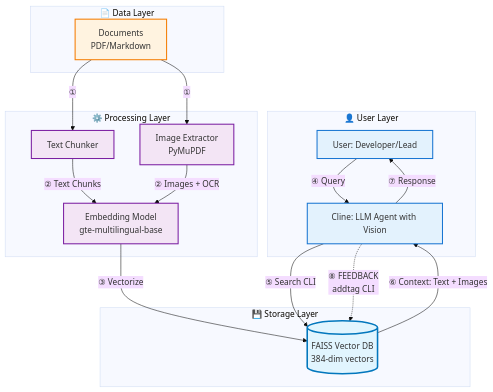
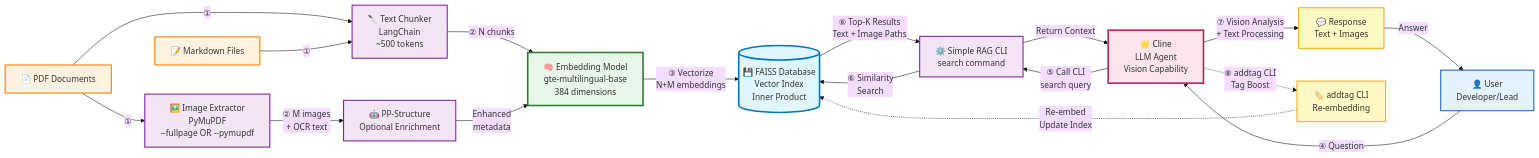
Before and after one commit to ngcix/doc-rag: the fourth of 4 diagrams in report-doc/10-debuit-clineSR.md, drawn with Mermaid (base theme). The commit also changed other lines of this file and 1 other file, not shown here.

````diff
--- a/report-doc/10-debuit-clineSR.md
+++ b/report-doc/10-debuit-clineSR.md
@@ -415,46 +415,67 @@
 ```mermaid
-graph TB
-    subgraph UserLayer [👤 User Layer]
-        User[User: Developer/Lead]
-        Cline[Cline: LLM Agent with Vision]
-    end
+flowchart LR
+    %% Data Sources
+    PDF[📄 PDF Documents]
+    MD[📝 Markdown Files]
     
-    subgraph DataLayer [📄 Data Layer]
-        Docs[Documents<br/>PDF/Markdown]
-    end
+    %% Processing Components
+    Chunker[🔪 Text Chunker<br/>LangChain<br/>~500 tokens]
+    ImgExt[🖼️ Image Extractor<br/>PyMuPDF<br/>--fullpage OR --pymupdf]
+    PPStruct[🤖 PP-Structure<br/>Optional Enrichment]
     
-    subgraph ProcessingLayer [⚙️ Processing Layer]
-        Chunker[Text Chunker]
-        ImgExt[Image Extractor<br/>PyMuPDF]
-        Embed[Embedding Model<br/>gte-multilingual-base]
-    end
+    Embed[🧠 Embedding Model<br/>gte-multilingual-base<br/>384 dimensions]
     
-    subgraph StorageLayer [💾 Storage Layer]
-        DB[(FAISS Vector DB<br/>384-dim vectors)]
-    end
+    %% Storage
+    FAISS[(💾 FAISS Database<br/>Vector Index<br/>Inner Product)]
     
-    %% Numbered Flow
-    Docs -->|①| Chunker
-    Docs -->|①| ImgExt
-    Chunker -->|② Text Chunks| Embed
-    ImgExt -->|② Images + OCR| Embed
-    Embed -->|③ Vectorize| DB
+    %% Query Flow
+    User[👤 User<br/>Developer/Lead]
+    Cline[🌟 Cline<br/>LLM Agent<br/>Vision Capability]
+    CLI[⚙️ Simple RAG CLI<br/>search command]
     
-    User -->|④ Query| Cline
-    Cline -->|⑤ Search CLI| DB
-    DB -->|⑥ Context: Text + Images| Cline
-    Cline -->|⑦ Response| User
+    Response[💬 Response<br/>Text + Images]
     
-    Cline -.->|⑧ FEEDBACK<br/>addtag CLI| DB
+    %% Feedback
+    AddTag[🏷️ addtag CLI<br/>Re-embedding]
+    
+    %% INGESTION FLOW (Steps 1-3)
+    PDF -->|①| Chunker
+    MD -->|①| Chunker
+    PDF -->|①| ImgExt
+    
+    Chunker -->|② N chunks| Embed
+    ImgExt -->|② M images<br/>+ OCR text| PPStruct
+    PPStruct -->|Enhanced<br/>metadata| Embed
+    
+    Embed -->|③ Vectorize<br/>N+M embeddings| FAISS
+    
+    %% QUERY FLOW (Steps 4-7)
+    User -->|④ Question| Cline
+    Cline -->|⑤ Call CLI<br/>search query| CLI
+    CLI -->|⑥ Similarity<br/>Search| FAISS
+    FAISS -->|⑥ Top-K Results<br/>Text + Image Paths| CLI
+    CLI -->|Return Context| Cline
+    Cline -->|⑦ Vision Analysis<br/>+ Text Processing| Response
+    Response -->|Answer| User
+    
+    %% FEEDBACK FLOW (Step 8)
+    Cline -.->|⑧ addtag CLI<br/>Tag Boost| AddTag
+    AddTag -.->|Re-embed<br/>Update Index| FAISS
     
     %% Styling
-    classDef userStyle fill:#e3f2fd,stroke:#1976d2,stroke-width:2px
-    classDef dataStyle fill:#fff3e0,stroke:#f57c00,stroke-width:2px
+    classDef sourceStyle fill:#fff3e0,stroke:#f57c00,stroke-width:2px
     classDef processStyle fill:#f3e5f5,stroke:#7b1fa2,stroke-width:2px
+    classDef modelStyle fill:#e8f5e9,stroke:#2e7d32,stroke-width:3px
     classDef storageStyle fill:#e1f5fe,stroke:#0277bd,stroke-width:3px
+    classDef userStyle fill:#e3f2fd,stroke:#1565c0,stroke-width:2px
+    classDef agentStyle fill:#fce4ec,stroke:#c2185b,stroke-width:3px
+    classDef feedbackStyle fill:#fff9c4,stroke:#f9a825,stroke-width:2px
     
-    class User,Cline userStyle
-    class Docs dataStyle
-    class Chunker,ImgExt,Embed processStyle
-    class DB storageStyle
+    class PDF,MD sourceStyle
+    class Chunker,ImgExt,PPStruct,CLI processStyle
+    class Embed modelStyle
+    class FAISS storageStyle
+    class User userStyle
+    class Cline agentStyle
+    class Response,AddTag feedbackStyle
 ```
````
